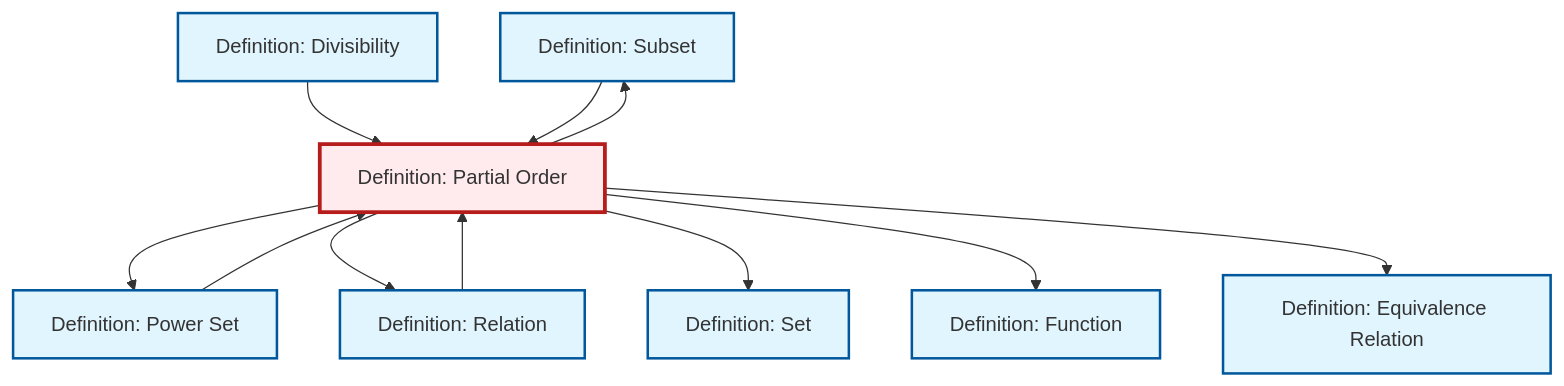
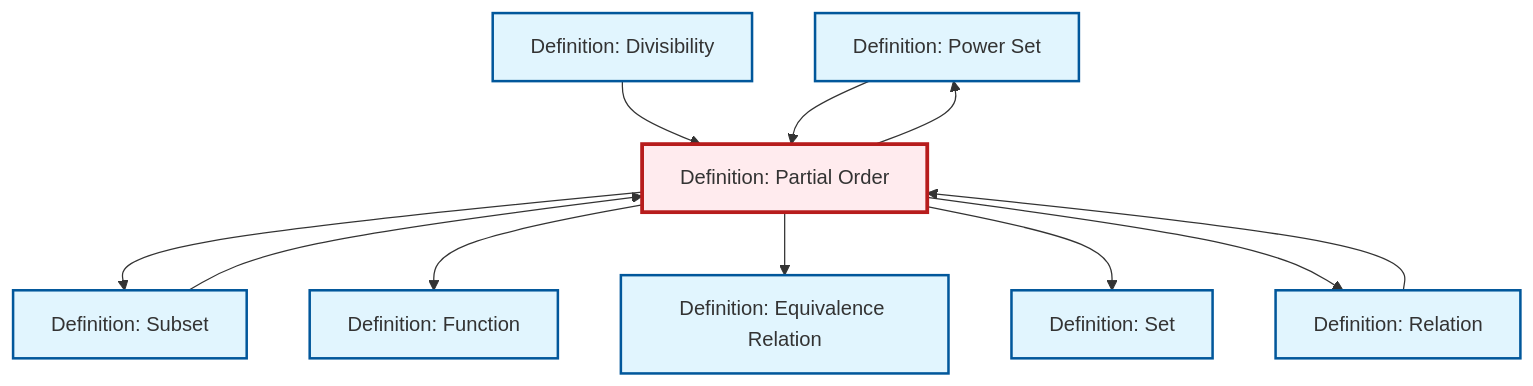
Before and after one commit to RK0429/ModernMath: the diagram in content/en/logic-set-theory/def-partial-order.qmd, drawn with Mermaid. The commit also changed other lines of this file and 672 other files, not shown here.

````diff
--- a/content/en/logic-set-theory/def-partial-order.qmd
+++ b/content/en/logic-set-theory/def-partial-order.qmd
@@ -156,35 +156,35 @@
 ```{mermaid}
 %%| fig-cap: "Local dependency graph"
 graph TD
     classDef definition fill:#e1f5fe,stroke:#01579b,stroke-width:2px
     classDef theorem fill:#f3e5f5,stroke:#4a148c,stroke-width:2px
     classDef axiom fill:#fff3e0,stroke:#e65100,stroke-width:2px
     classDef example fill:#e8f5e9,stroke:#1b5e20,stroke-width:2px
     classDef current fill:#ffebee,stroke:#b71c1c,stroke-width:3px
+    def-set["Definition: Set"]:::definition
+    def-power-set["Definition: Power Set"]:::definition
+    def-partial-order["Definition: Partial Order"]:::definition
+    def-function["Definition: Function"]:::definition
     def-subset["Definition: Subset"]:::definition
-    def-partial-order["Definition: Partial Order"]:::definition
-    def-set["Definition: Set"]:::definition
     def-equivalence-relation["Definition: Equivalence Relation"]:::definition
-    def-function["Definition: Function"]:::definition
-    def-power-set["Definition: Power Set"]:::definition
+    def-relation["Definition: Relation"]:::definition
     def-divisibility["Definition: Divisibility"]:::definition
-    def-relation["Definition: Relation"]:::definition
+    def-partial-order --> def-subset
+    def-partial-order --> def-function
+    def-subset --> def-partial-order
+    def-partial-order --> def-equivalence-relation
+    def-relation --> def-partial-order
+    def-divisibility --> def-partial-order
+    def-partial-order --> def-set
     def-partial-order --> def-power-set
+    def-power-set --> def-partial-order
     def-partial-order --> def-relation
-    def-relation --> def-partial-order
-    def-partial-order --> def-set
-    def-divisibility --> def-partial-order
-    def-partial-order --> def-function
-    def-partial-order --> def-equivalence-relation
-    def-power-set --> def-partial-order
-    def-subset --> def-partial-order
-    def-partial-order --> def-subset
     class def-partial-order current
+    click def-set "def-set.html" "Go to Set definition"
+    click def-power-set "def-power-set.html" "Go to Power Set definition"
+    click def-function "def-function.html" "Go to Function definition"
     click def-subset "def-subset.html" "Go to Subset definition"
-    click def-set "def-set.html" "Go to Set definition"
     click def-equivalence-relation "def-equivalence-relation.html" "Go to Equivalence Relation definition"
-    click def-function "def-function.html" "Go to Function definition"
-    click def-power-set "def-power-set.html" "Go to Power Set definition"
+    click def-relation "def-relation.html" "Go to Relation definition"
     click def-divisibility "def-divisibility.html" "Go to Divisibility definition"
-    click def-relation "def-relation.html" "Go to Relation definition"
 ```
````
